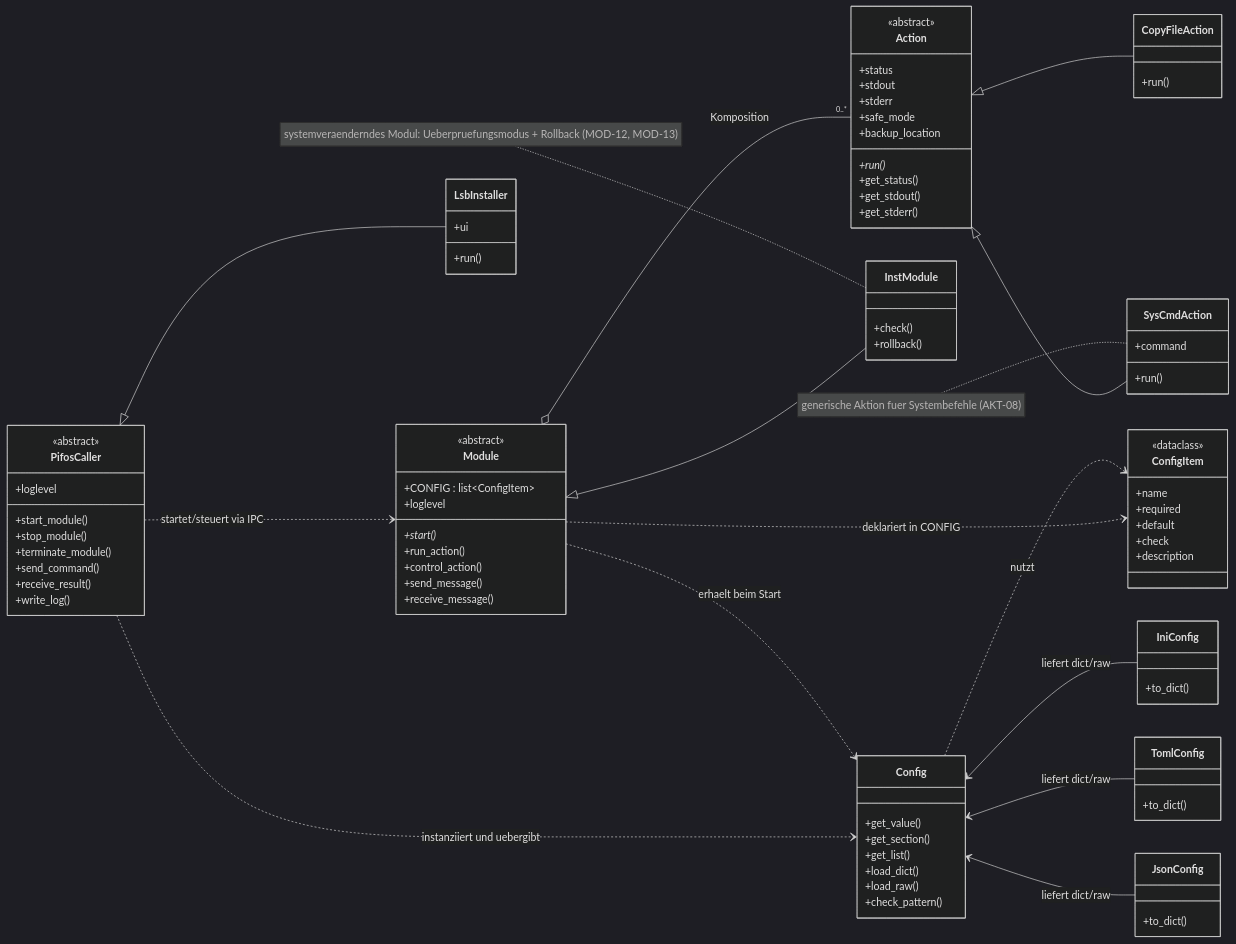
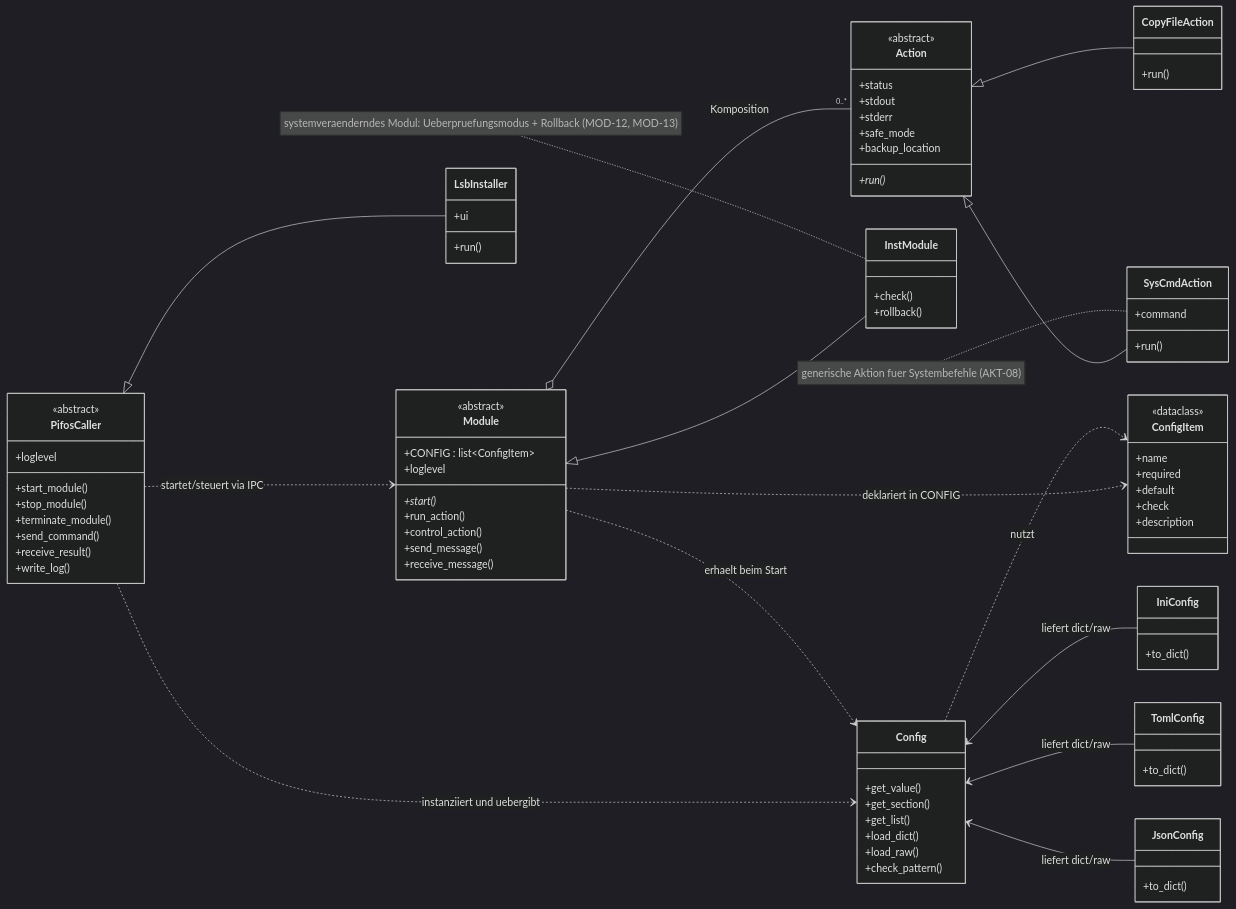
One commit to macodix/pifos changed the first of 4 diagrams in docs/04_implementierungsplan.md. Above: the diagram before and after it, drawn with Mermaid (dark theme). The commit also changed other lines of this file and 1 other file, not shown here.

Commit message:
Konsistenzbefunde behoben: Faktum (tomllib 3.11), Instanzvariable, tote Referenz, Diagramm-getter, Inhaltsverzeichnis, Stil/Anglizismus

```diff
--- a/docs/04_implementierungsplan.md
+++ b/docs/04_implementierungsplan.md
@@ -56,9 +56,6 @@
         +safe_mode
         +backup_location
         +run()*
-        +get_status()
-        +get_stdout()
-        +get_stderr()
     }
 
     class CopyFileAction {
```
